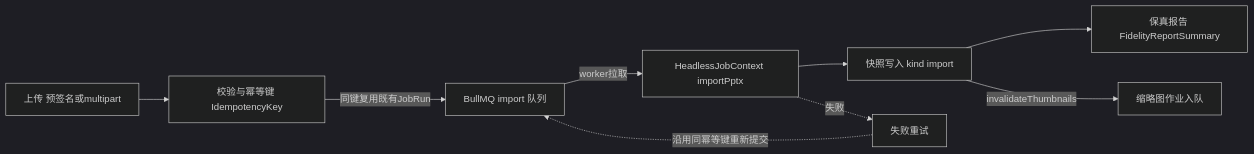
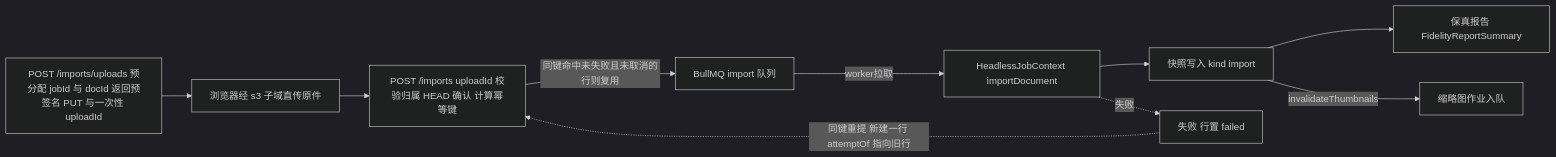
The fourth of 9 diagrams in docs/40-modules/12-server-jobs-comments-and-ops.md (Xeonice/cordis-ppt-editor), drawn with Mermaid (dark theme) before and after one commit. The commit also changed other lines of this file and 22 other files, not shown here.

First line of the commit message:
docs(modules): 新增架构图集 18/19，补图并按 §4.18 回写模块设计线

````diff
--- a/docs/40-modules/12-server-jobs-comments-and-ops.md
+++ b/docs/40-modules/12-server-jobs-comments-and-ops.md
@@ -237,19 +266,21 @@
 ```mermaid
 flowchart LR
-upload["上传 预签名或multipart"]
-validate["校验与幂等键 IdempotencyKey"]
+uploads["POST /imports/uploads 预分配 jobId 与 docId 返回预签名 PUT 与一次性 uploadId"]
+put["浏览器经 s3 子域直传原件"]
+validate["POST /imports uploadId 校验归属 HEAD 确认 计算幂等键"]
 queue["BullMQ import 队列"]
-headlessImport["HeadlessJobContext importPptx"]
+headlessImport["HeadlessJobContext importDocument"]
 snapshot["快照写入 kind import"]
 fidelity["保真报告 FidelityReportSummary"]
 thumbJob["缩略图作业入队"]
-retry["失败重试"]
-upload --> validate
-validate -- "同键复用既有JobRun" --> queue
+retry["失败 行置 failed"]
+uploads --> put
+put --> validate
+validate -- "同键命中未失败且未取消的行则复用" --> queue
 queue -- "worker拉取" --> headlessImport
 headlessImport --> snapshot
 snapshot --> fidelity
 snapshot -- "invalidateThumbnails" --> thumbJob
 headlessImport -. "失败" .-> retry
-retry -. "沿用同幂等键重新提交" .-> queue
+retry -. "同键重提 新建一行 attemptOf 指向旧行" .-> validate
 ```
````
